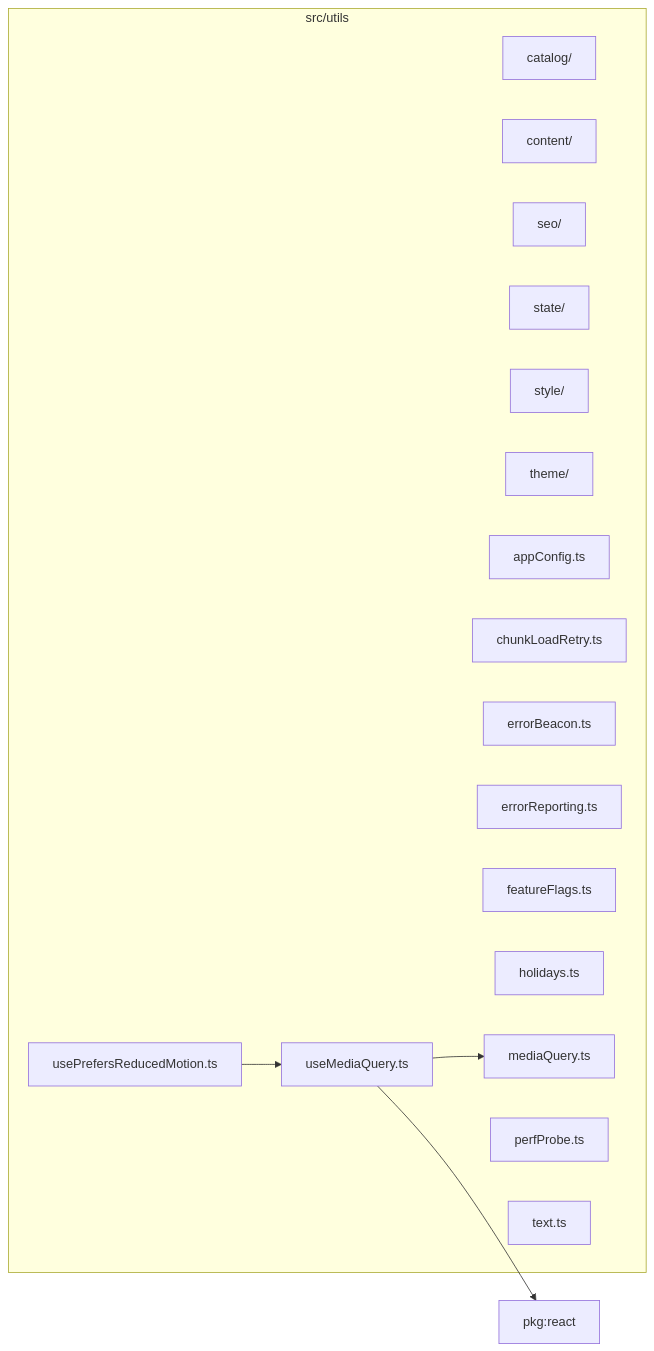
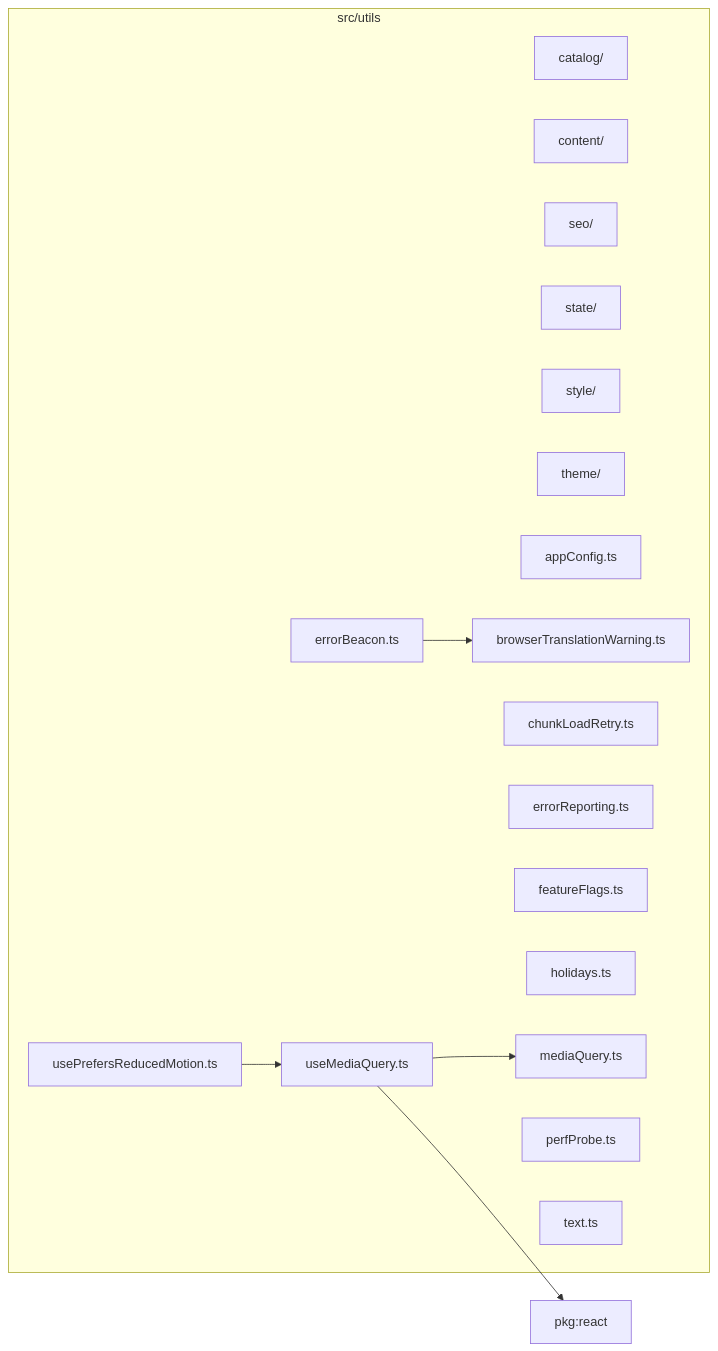
The diagram in src/utils/readme.md (ronbuening/LensVisualizer), drawn with Mermaid before and after one commit. The commit also changed other lines of this file and 13 other files, not shown here.

First line of the commit message:
Attribute and mitigate browser-translation React errors

````diff
--- a/src/utils/readme.md
+++ b/src/utils/readme.md
@@ -9,26 +9,28 @@
 ```mermaid
 flowchart LR
   subgraph n_src_utils["src/utils"]
     n_src_utils_src_utils_catalog["catalog/"]
     n_src_utils_src_utils_content["content/"]
     n_src_utils_src_utils_seo["seo/"]
     n_src_utils_src_utils_state["state/"]
     n_src_utils_src_utils_style["style/"]
     n_src_utils_src_utils_theme["theme/"]
     n_src_utils_src_utils_appConfig_ts["appConfig.ts"]
+    n_src_utils_src_utils_browserTranslationWarning_ts["browserTranslationWarning.ts"]
     n_src_utils_src_utils_chunkLoadRetry_ts["chunkLoadRetry.ts"]
     n_src_utils_src_utils_errorBeacon_ts["errorBeacon.ts"]
     n_src_utils_src_utils_errorReporting_ts["errorReporting.ts"]
     n_src_utils_src_utils_featureFlags_ts["featureFlags.ts"]
     n_src_utils_src_utils_holidays_ts["holidays.ts"]
     n_src_utils_src_utils_mediaQuery_ts["mediaQuery.ts"]
     n_src_utils_src_utils_perfProbe_ts["perfProbe.ts"]
     n_src_utils_src_utils_text_ts["text.ts"]
     n_src_utils_src_utils_useMediaQuery_ts["useMediaQuery.ts"]
     n_src_utils_src_utils_usePrefersReducedMotion_ts["usePrefersReducedMotion.ts"]
   end
   n_external_pkg_react["pkg:react"]
   n_src_utils_src_utils_useMediaQuery_ts --> n_external_pkg_react
+  n_src_utils_src_utils_errorBeacon_ts --> n_src_utils_src_utils_browserTranslationWarning_ts
   n_src_utils_src_utils_useMediaQuery_ts --> n_src_utils_src_utils_mediaQuery_ts
   n_src_utils_src_utils_usePrefersReducedMotion_ts --> n_src_utils_src_utils_useMediaQuery_ts
 ```
````
